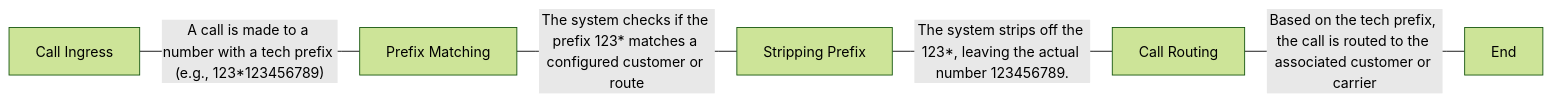
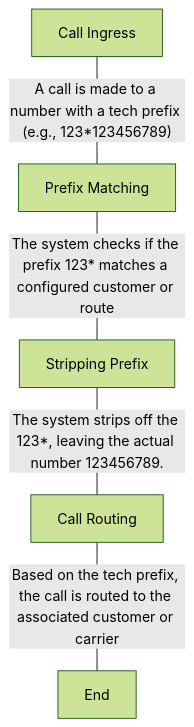
Before and after one commit to connexcs/docs: the second of 3 diagrams in docs/customer/routing.md, drawn with Mermaid (forest theme). The commit also changed 1 other file, not shown here.

Commit message:
attestation level

````diff
--- a/docs/customer/routing.md
+++ b/docs/customer/routing.md
@@ -336,4 +336,4 @@
 ```mermaid
-flowchart LR
+flowchart TB
     A[Call Ingress] -- A call is made to a number with a tech prefix (e.g., 123*123456789) ---B[Prefix Matching] -- The system checks if the prefix 123* matches a configured customer or route ---C[Stripping Prefix] -- The system strips off the 123*, leaving the actual number 123456789.---D[Call Routing] --Based on the tech prefix, the call is routed to the associated customer or carrier ---End
 ```
````
